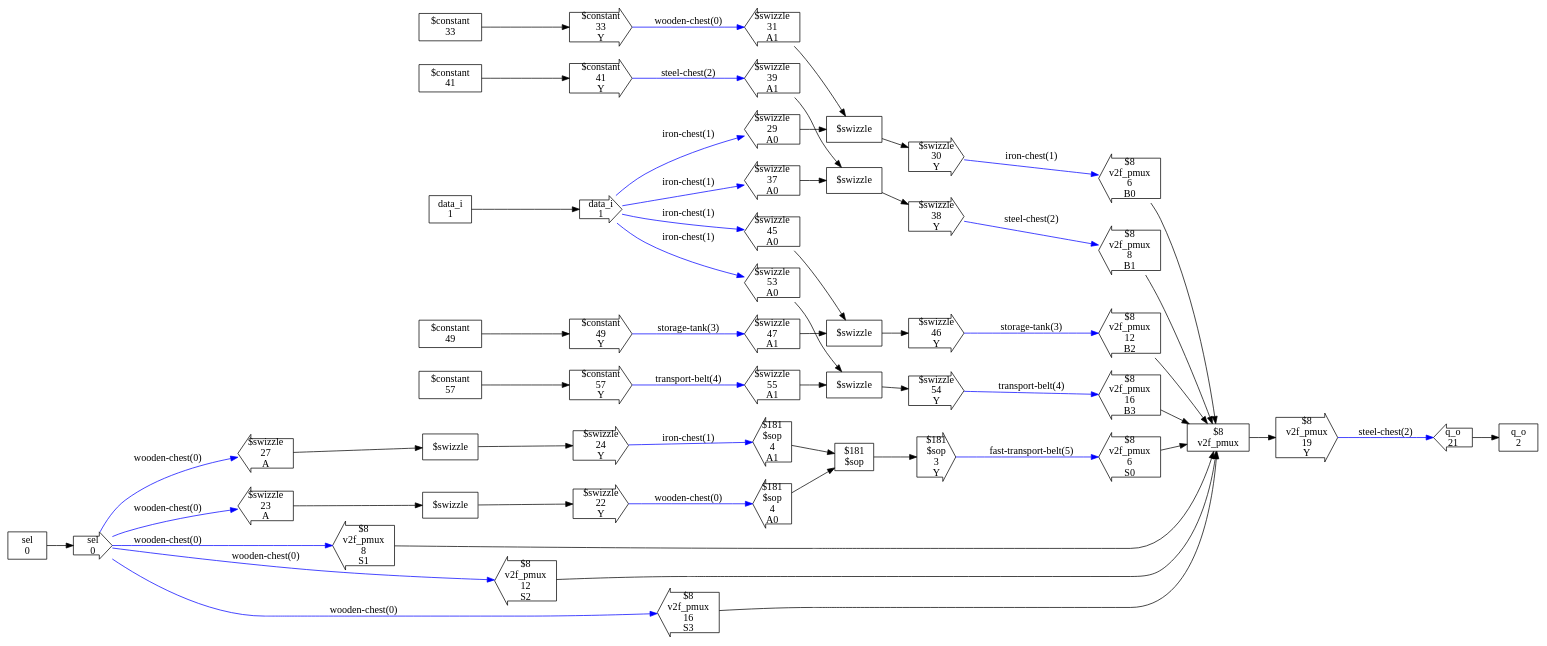
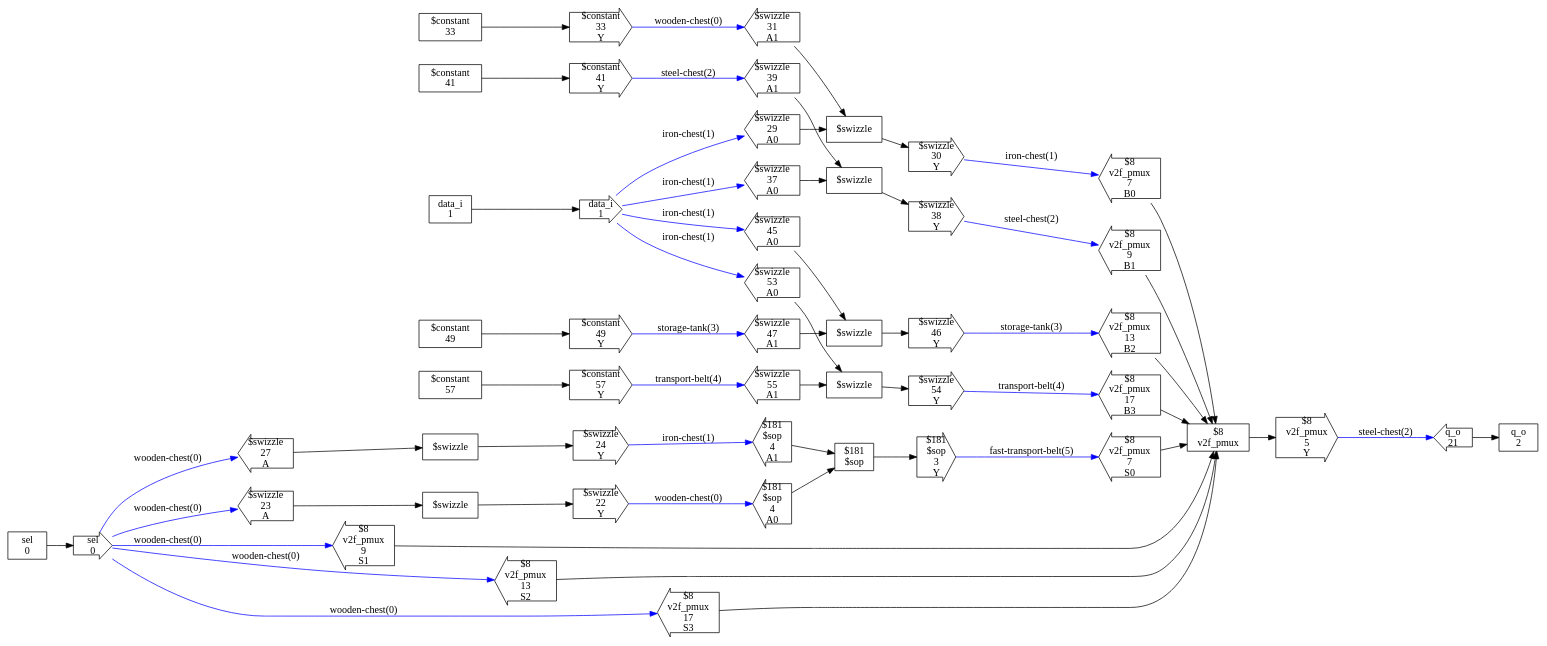
One commit to ben-j-c/verilog2factorio changed the diagram in test_designs/swizzle_pmux/checked_design.dot. Above: the diagram before and after it, drawn with Graphviz. The commit also changed 44 other files, not shown here.

```diff
--- a/test_designs/swizzle_pmux/checked_design.dot
+++ b/test_designs/swizzle_pmux/checked_design.dot
@@ -1,197 +1,197 @@
 digraph CheckedDesign {
   rankdir=LR
   n0[shape=box,label="sel
 0"]
   n1[shape=box,label="data_i
 1"]
   n2[shape=box,label="q_o
 2"]
   n4[shape=box,label="$181
 $sop"]
   n7[shape=box,label="$8
 v2f_pmux"]
   n8[shape=rarrow,label="sel
 0"]
   n9[shape=rarrow,label="data_i
 1"]
   n10[shape=larrow,label="q_o
 21"]
   n14[shape=larrow,label="$181
 $sop
 4
 A0"]
   n15[shape=larrow,label="$181
 $sop
 4
 A1"]
   n16[shape=rarrow,label="$181
 $sop
 3
 Y"]
   n23[shape=larrow,label="$8
 v2f_pmux
-6
+7
 B0"]
   n24[shape=larrow,label="$8
 v2f_pmux
-8
+9
 B1"]
   n25[shape=larrow,label="$8
 v2f_pmux
-12
+13
 B2"]
   n26[shape=larrow,label="$8
 v2f_pmux
-16
+17
 B3"]
   n27[shape=larrow,label="$8
 v2f_pmux
-6
+7
 S0"]
   n28[shape=larrow,label="$8
 v2f_pmux
-8
+9
 S1"]
   n29[shape=larrow,label="$8
 v2f_pmux
-12
+13
 S2"]
   n30[shape=larrow,label="$8
 v2f_pmux
-16
+17
 S3"]
   n31[shape=rarrow,label="$8
 v2f_pmux
-19
+5
 Y"]
   n34[shape=box,label="$swizzle"]
   n35[shape=rarrow,label="$swizzle
 22
 Y"]
   n36[shape=larrow,label="$swizzle
 23
 A"]
   n37[shape=box,label="$swizzle"]
   n38[shape=rarrow,label="$swizzle
 24
 Y"]
   n39[shape=larrow,label="$swizzle
 27
 A"]
   n44[shape=box,label="$swizzle"]
   n45[shape=rarrow,label="$swizzle
 30
 Y"]
   n46[shape=larrow,label="$swizzle
 29
 A0"]
   n47[shape=larrow,label="$swizzle
 31
 A1"]
   n48[shape=box,label="$constant
 33"]
   n49[shape=rarrow,label="$constant
 33
 Y"]
   n50[shape=box,label="$swizzle"]
   n51[shape=rarrow,label="$swizzle
 38
 Y"]
   n52[shape=larrow,label="$swizzle
 37
 A0"]
   n53[shape=larrow,label="$swizzle
 39
 A1"]
   n54[shape=box,label="$constant
 41"]
   n55[shape=rarrow,label="$constant
 41
 Y"]
   n56[shape=box,label="$swizzle"]
   n57[shape=rarrow,label="$swizzle
 46
 Y"]
   n58[shape=larrow,label="$swizzle
 45
 A0"]
   n59[shape=larrow,label="$swizzle
 47
 A1"]
   n60[shape=box,label="$constant
 49"]
   n61[shape=rarrow,label="$constant
 49
 Y"]
   n62[shape=box,label="$swizzle"]
   n63[shape=rarrow,label="$swizzle
 54
 Y"]
   n64[shape=larrow,label="$swizzle
 53
 A0"]
   n65[shape=larrow,label="$swizzle
 55
 A1"]
   n66[shape=box,label="$constant
 57"]
   n67[shape=rarrow,label="$constant
 57
 Y"]
   n0 -> n8
   n1 -> n9
   n4 -> n16
   n7 -> n31
   n8 -> n36 [label="wooden-chest(0)",syle=bold,color=blue]
   n8 -> n39 [label="wooden-chest(0)",syle=bold,color=blue]
   n8 -> n28 [label="wooden-chest(0)",syle=bold,color=blue]
   n8 -> n29 [label="wooden-chest(0)",syle=bold,color=blue]
   n8 -> n30 [label="wooden-chest(0)",syle=bold,color=blue]
   n9 -> n46 [label="iron-chest(1)",syle=bold,color=blue]
   n9 -> n52 [label="iron-chest(1)",syle=bold,color=blue]
   n9 -> n58 [label="iron-chest(1)",syle=bold,color=blue]
   n9 -> n64 [label="iron-chest(1)",syle=bold,color=blue]
   n10 -> n2
   n14 -> n4
   n15 -> n4
   n16 -> n27 [label="fast-transport-belt(5)",syle=bold,color=blue]
   n23 -> n7
   n24 -> n7
   n25 -> n7
   n26 -> n7
   n27 -> n7
   n28 -> n7
   n29 -> n7
   n30 -> n7
   n31 -> n10 [label="steel-chest(2)",syle=bold,color=blue]
   n34 -> n35
   n35 -> n14 [label="wooden-chest(0)",syle=bold,color=blue]
   n36 -> n34
   n37 -> n38
   n38 -> n15 [label="iron-chest(1)",syle=bold,color=blue]
   n39 -> n37
   n44 -> n45
   n45 -> n23 [label="iron-chest(1)",syle=bold,color=blue]
   n46 -> n44
   n47 -> n44
   n48 -> n49
   n49 -> n47 [label="wooden-chest(0)",syle=bold,color=blue]
   n50 -> n51
   n51 -> n24 [label="steel-chest(2)",syle=bold,color=blue]
   n52 -> n50
   n53 -> n50
   n54 -> n55
   n55 -> n53 [label="steel-chest(2)",syle=bold,color=blue]
   n56 -> n57
   n57 -> n25 [label="storage-tank(3)",syle=bold,color=blue]
   n58 -> n56
   n59 -> n56
   n60 -> n61
   n61 -> n59 [label="storage-tank(3)",syle=bold,color=blue]
   n62 -> n63
   n63 -> n26 [label="transport-belt(4)",syle=bold,color=blue]
   n64 -> n62
   n65 -> n62
   n66 -> n67
   n67 -> n65 [label="transport-belt(4)",syle=bold,color=blue]
 }
```
